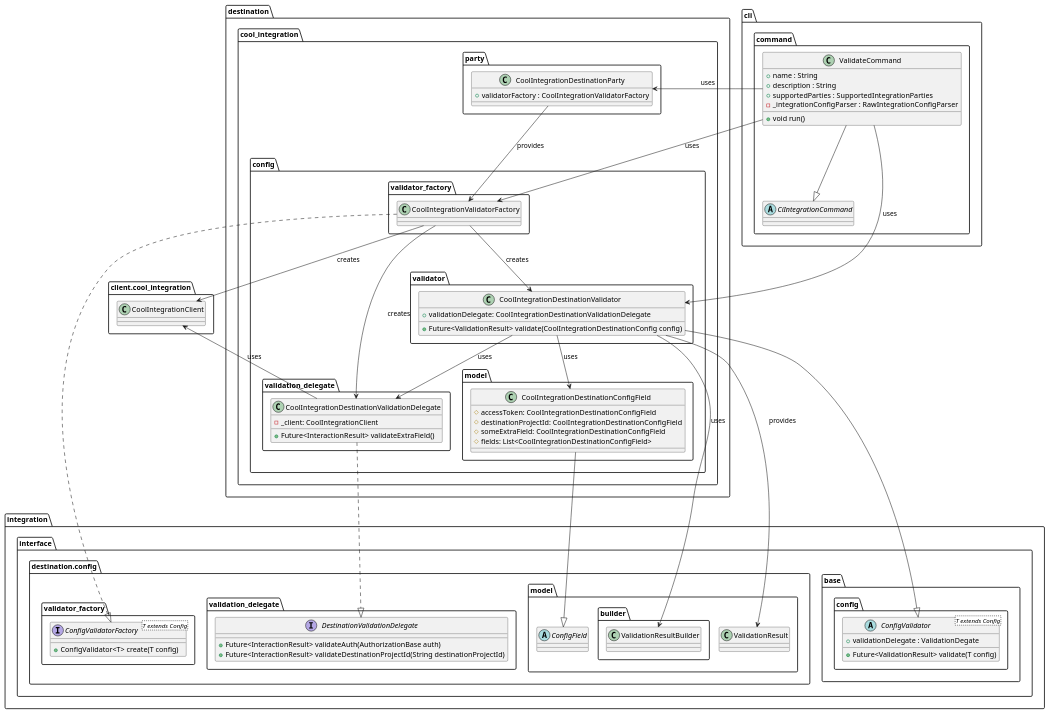
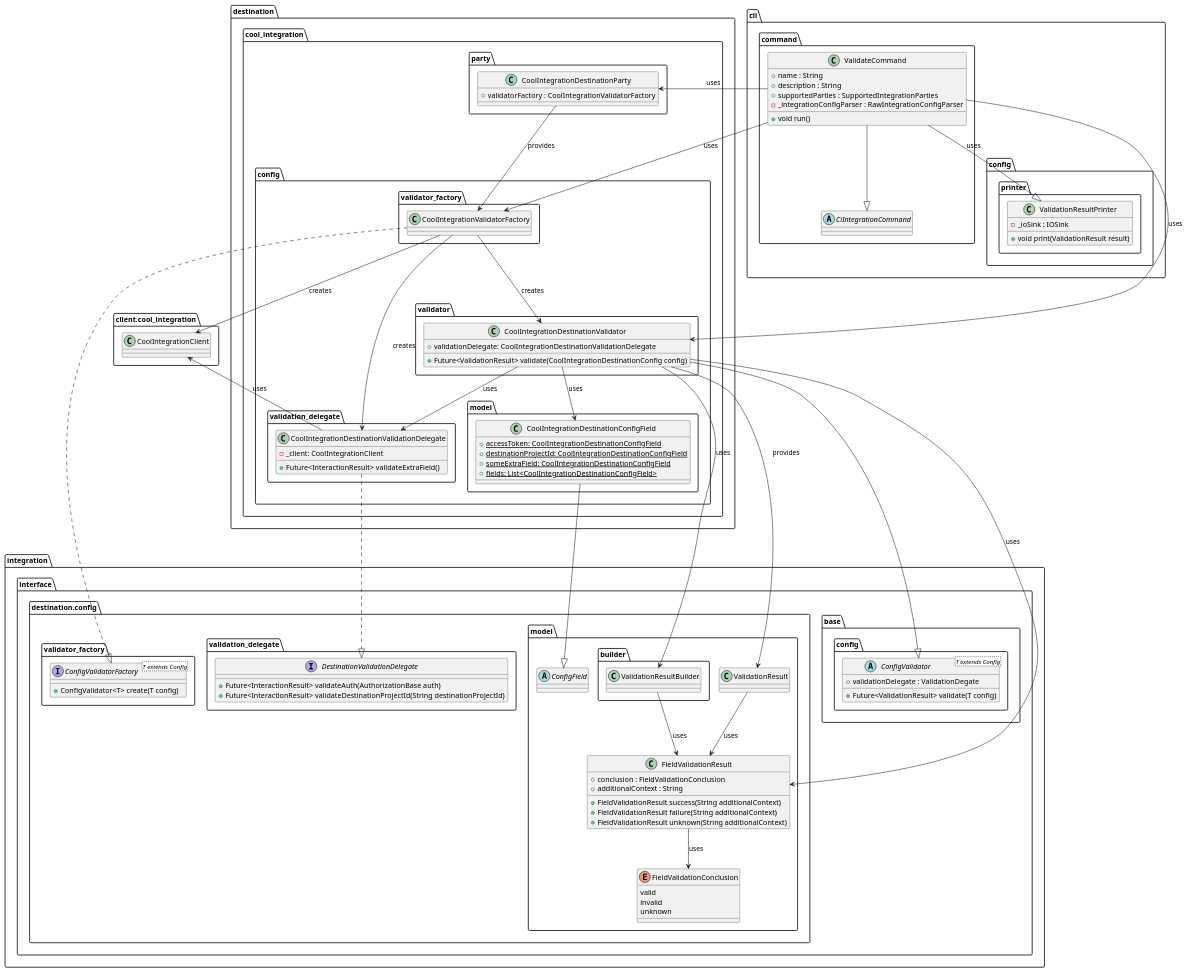
Before and after one commit to Flank/flank-dashboard: the diagram in metrics/ci_integrations/docs/diagrams/ci_integrations_config_validator_destination_class_diagram.puml, drawn with PlantUML. The commit also changed 3 other files, not shown here.

```diff
--- a/metrics/ci_integrations/docs/diagrams/ci_integrations_config_validator_destination_class_diagram.puml
+++ b/metrics/ci_integrations/docs/diagrams/ci_integrations_config_validator_destination_class_diagram.puml
@@ -1,126 +1,159 @@
 @startuml ci_integrations_config_validator_class_diagram
 
     package integration.interface {
 
         package base.config {
             abstract class ConfigValidator<T extends Config> {
                 + validationDelegate : ValidationDegate
 
                 + Future<ValidationResult> validate(T config)
             }
         }
 
         package destination.config as interface_config {
 
             package validation_delegate as interface_delegate {
                 interface DestinationValidationDelegate {
                     + Future<InteractionResult> validateAuth(AuthorizationBase auth)
                     + Future<InteractionResult> validateDestinationProjectId(String destinationProjectId)
                 }
             }
 
             package validator_factory as interface_factory {
                 interface ConfigValidatorFactory<T extends Config> {
                     + ConfigValidator<T> create(T config)
                 }
             }
 
             package model as interface_model {
                 package builder {
                     class ValidationResultBuilder {}
                 }
 
                 class ValidationResult {}
 
+                class FieldValidationResult {
+                    + conclusion : FieldValidationConclusion
+                    + additionalContext : String
+
+                    + FieldValidationResult success(String additionalContext)
+                    + FieldValidationResult failure(String additionalContext)
+                    + FieldValidationResult unknown(String additionalContext)
+                }
+
                 abstract class ConfigField {}
+
+                enum FieldValidationConclusion {
+                    valid
+                    invalid
+                    unknown
+                }
             }
 
         }
     }
 
     package destination.cool_integration {
 
         package party as destination_party {
             class CoolIntegrationDestinationParty {
                 + validatorFactory : CoolIntegrationValidatorFactory
             }
         }
 
         package config as cool_integration_config {
             package validator as cool_integration_validator {
                 class CoolIntegrationDestinationValidator {
                     + validationDelegate: CoolIntegrationDestinationValidationDelegate
 
                     + Future<ValidationResult> validate(CoolIntegrationDestinationConfig config)
                 }
             }
 
             package validator_factory as cool_integration_validator_factory {
                 class CoolIntegrationValidatorFactory {}
             }
 
             package validation_delegate as cool_integration_validation_validation_delegate{
                 class CoolIntegrationDestinationValidationDelegate {
                     - _client: CoolIntegrationClient
 
                     + Future<InteractionResult> validateExtraField()
                 }
             }
 
             package model as destination_model {
                 class CoolIntegrationDestinationConfigField {
-                    # accessToken: CoolIntegrationDestinationConfigField
-                    # destinationProjectId: CoolIntegrationDestinationConfigField
-                    # someExtraField: CoolIntegrationDestinationConfigField
-                    # fields: List<CoolIntegrationDestinationConfigField>
+                    + {static} accessToken: CoolIntegrationDestinationConfigField
+                    + {static} destinationProjectId: CoolIntegrationDestinationConfigField
+                    + {static} someExtraField: CoolIntegrationDestinationConfigField
+                    + {static} fields: List<CoolIntegrationDestinationConfigField>
                 }
             }
         }
     }
 
     package client.cool_integration as client_cool_integration {
         class CoolIntegrationClient {}
     }
 
-    package cli.command {
-        abstract class CiIntegrationCommand {}
+    package cli {
+        package command {
+            abstract class CiIntegrationCommand {}
 
-        class ValidateCommand {
-            + name : String
-            + description : String
-            + supportedParties : SupportedIntegrationParties
-            - _integrationConfigParser : RawIntegrationConfigParser
+            class ValidateCommand {
+                + name : String
+                + description : String
+                + supportedParties : SupportedIntegrationParties
+                - _integrationConfigParser : RawIntegrationConfigParser
 
-            + void run()
+                + void run()
+            }
+        }
+
+        package config.printer {
+            class ValidationResultPrinter {
+                - _ioSink : IOSink
+
+                + void print(ValidationResult result)
+            }
         }
     }
 
     CoolIntegrationDestinationValidator --> CoolIntegrationDestinationValidationDelegate : uses
     CoolIntegrationDestinationValidationDelegate --> CoolIntegrationClient : uses
 
     CoolIntegrationValidatorFactory --> CoolIntegrationDestinationValidator : creates
     CoolIntegrationValidatorFactory --> CoolIntegrationClient : creates
     CoolIntegrationValidatorFactory --> CoolIntegrationDestinationValidationDelegate : creates
 
     ValidateCommand --|> CiIntegrationCommand
+    ValidateCommand --|> ValidationResultPrinter : uses
 
     ValidateCommand -left-> CoolIntegrationDestinationValidator : uses
     ValidateCommand -down-> CoolIntegrationValidatorFactory : uses
     ValidateCommand -down-> CoolIntegrationDestinationParty : uses
 
     CoolIntegrationDestinationParty --> CoolIntegrationValidatorFactory : provides
 
     CoolIntegrationDestinationValidationDelegate ..|> DestinationValidationDelegate
 
     CoolIntegrationDestinationConfigField --|> ConfigField
 
     CoolIntegrationDestinationValidator --|> ConfigValidator
     CoolIntegrationDestinationValidator -down-> CoolIntegrationDestinationConfigField : uses
     CoolIntegrationDestinationValidator --> ValidationResult : provides
     CoolIntegrationDestinationValidator --> ValidationResultBuilder : uses
+    CoolIntegrationDestinationValidator --> FieldValidationResult : uses
+
+    ValidationResult --> FieldValidationResult : uses
+
+    ValidationResultBuilder --> FieldValidationResult : uses
+
+    FieldValidationResult --> FieldValidationConclusion : uses
 
     CoolIntegrationValidatorFactory ..|> ConfigValidatorFactory
 
     CoolIntegrationClient -[hidden]-> CoolIntegrationDestinationValidationDelegate
 
 @enduml
```
